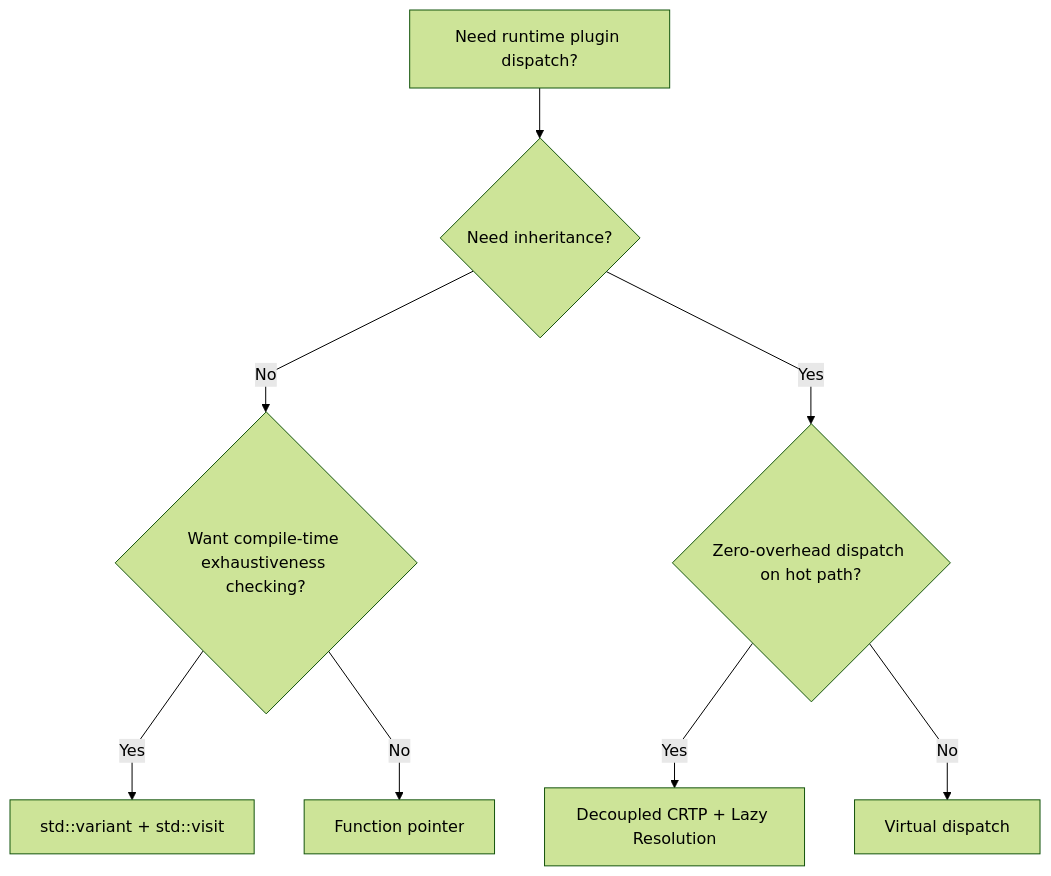
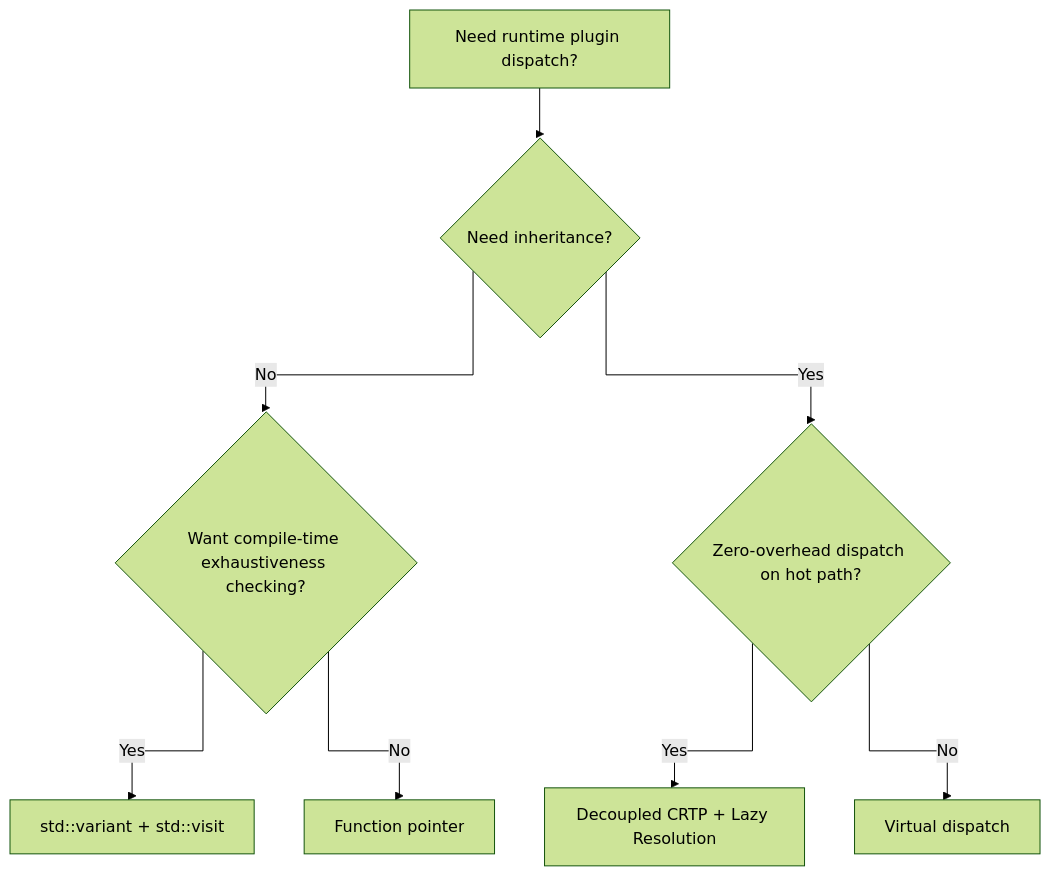
Before and after one commit to Shubhankar-Gambhir/Shubhankar-Gambhir.github.io: the diagram in _posts/2026-05-07-four-ways-to-dispatch-a-runtime-selected-strategy-in-cpp.md, drawn with Mermaid (forest theme).

Commit message:
Use right-angle arrow routing in decision flowchart
stepBefore gives horizontal+vertical segments instead of diagonals.

````diff
--- a/_posts/2026-05-07-four-ways-to-dispatch-a-runtime-selected-strategy-in-cpp.md
+++ b/_posts/2026-05-07-four-ways-to-dispatch-a-runtime-selected-strategy-in-cpp.md
@@ -271,15 +271,15 @@
 ```mermaid
 ---
 config:
   flowchart:
-    curve: linear
+    curve: stepBefore
 ---
 flowchart TD
     A[Need runtime plugin dispatch?] --> B{Need inheritance?}
     B -- No --> C{Want compile-time exhaustiveness checking?}
     C -- Yes --> D["std::variant + std::visit"]
     C -- No --> E[Function pointer]
     B -- Yes --> F{Zero-overhead dispatch on hot path?}
     F -- Yes --> G[Decoupled CRTP + Lazy Resolution]
     F -- No --> H[Virtual dispatch]
 ```
````
